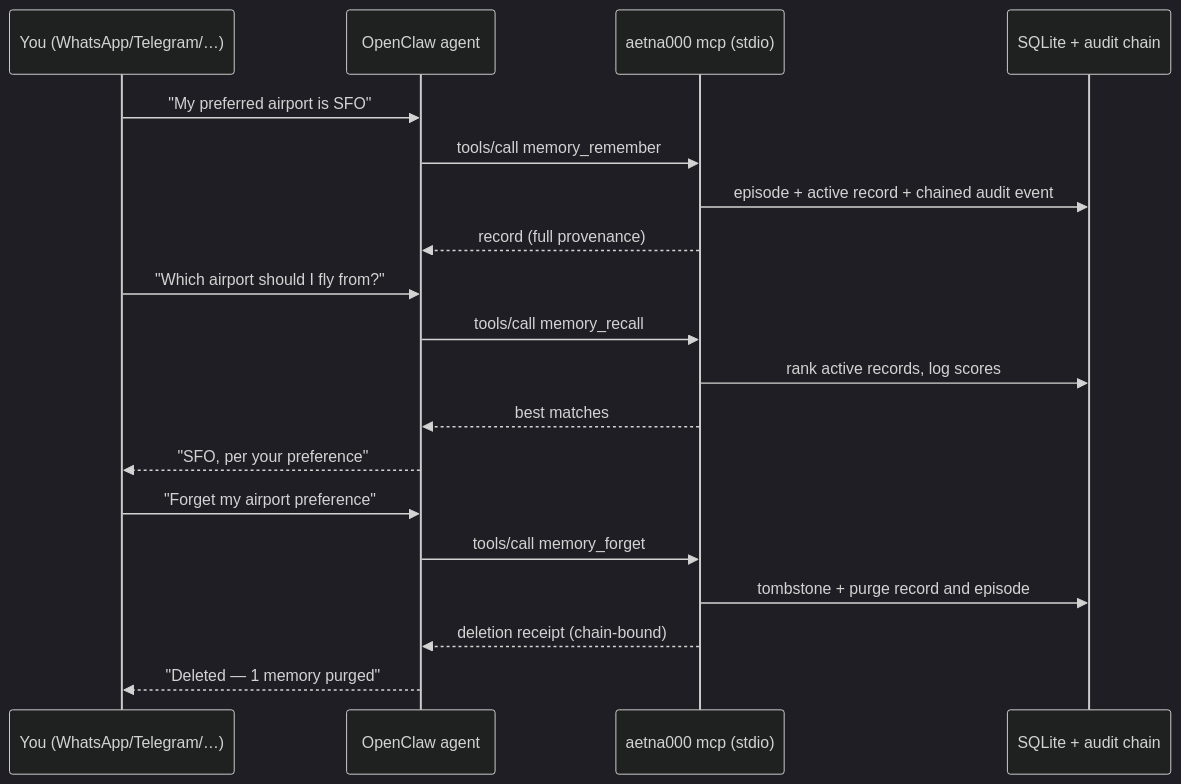
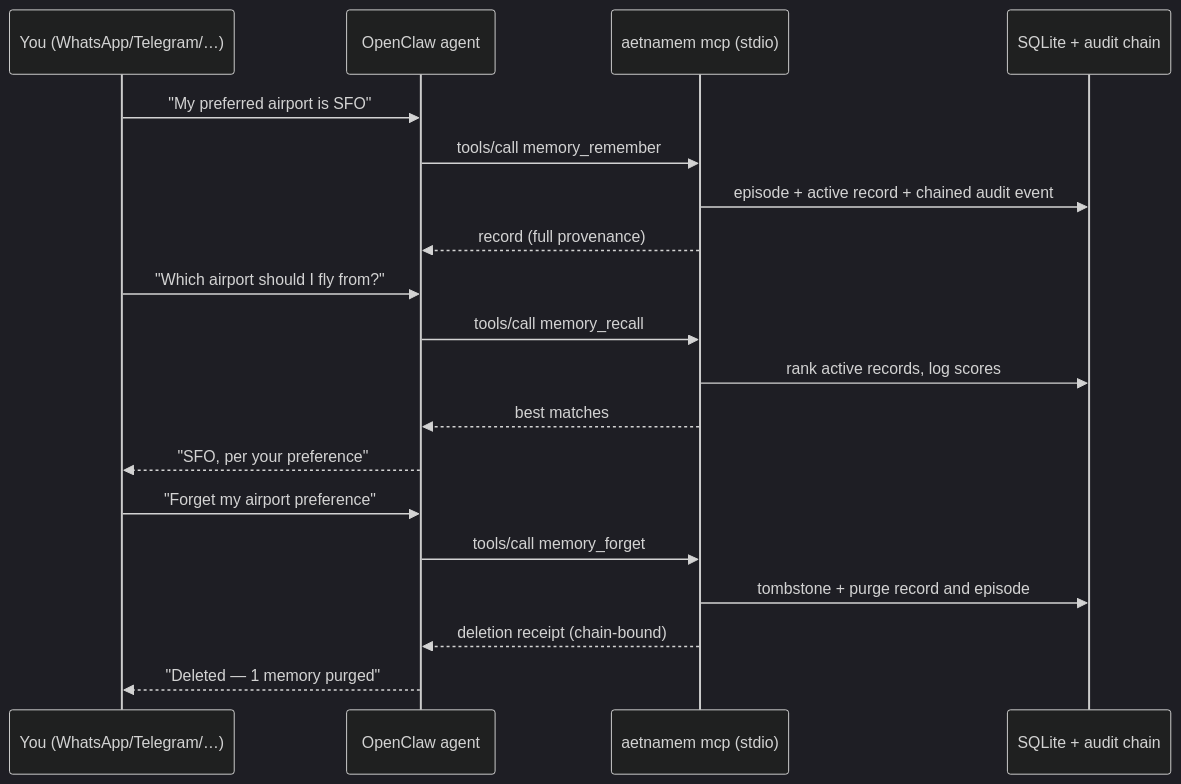
One commit to aetna000/aetnamem changed the second of 4 diagrams in docs/openclaw-setup.md. Above: the diagram before and after it, drawn with Mermaid (dark theme). The commit also changed other lines of this file and 26 other files, not shown here.

````diff
--- a/docs/openclaw-setup.md
+++ b/docs/openclaw-setup.md
@@ -48,24 +48,24 @@
 ```mermaid
 sequenceDiagram
     participant U as You (WhatsApp/Telegram/…)
     participant O as OpenClaw agent
-    participant M as aetna000 mcp (stdio)
+    participant M as aetnamem mcp (stdio)
     participant DB as SQLite + audit chain
 
     U->>O: "My preferred airport is SFO"
     O->>M: tools/call memory_remember
     M->>DB: episode + active record + chained audit event
     M-->>O: record (full provenance)
 
     U->>O: "Which airport should I fly from?"
     O->>M: tools/call memory_recall
     M->>DB: rank active records, log scores
     M-->>O: best matches
     O-->>U: "SFO, per your preference"
 
     U->>O: "Forget my airport preference"
     O->>M: tools/call memory_forget
     M->>DB: tombstone + purge record and episode
     M-->>O: deletion receipt (chain-bound)
     O-->>U: "Deleted — 1 memory purged"
 ```
````
